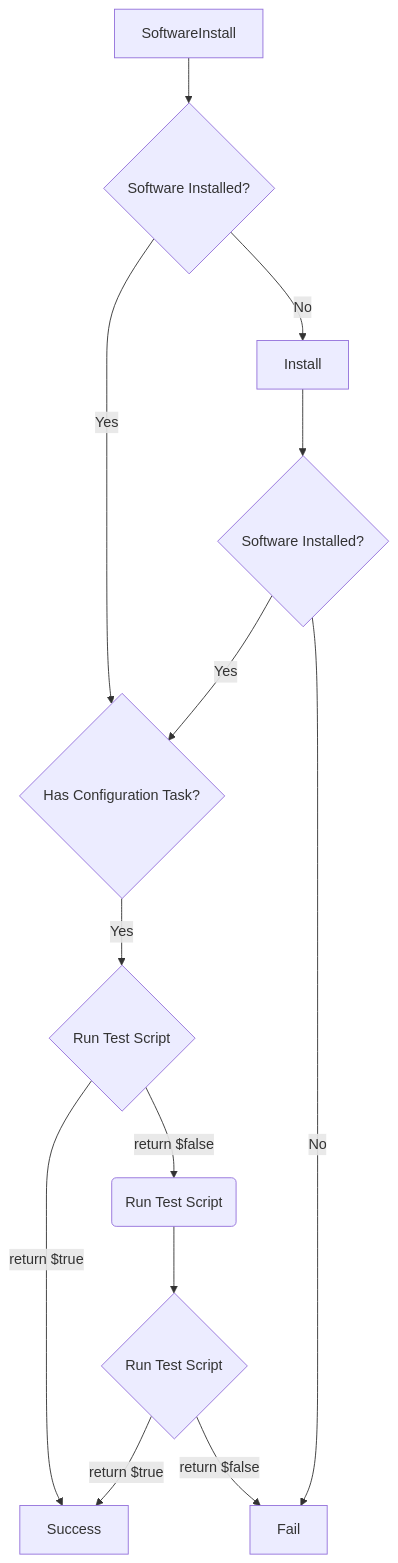
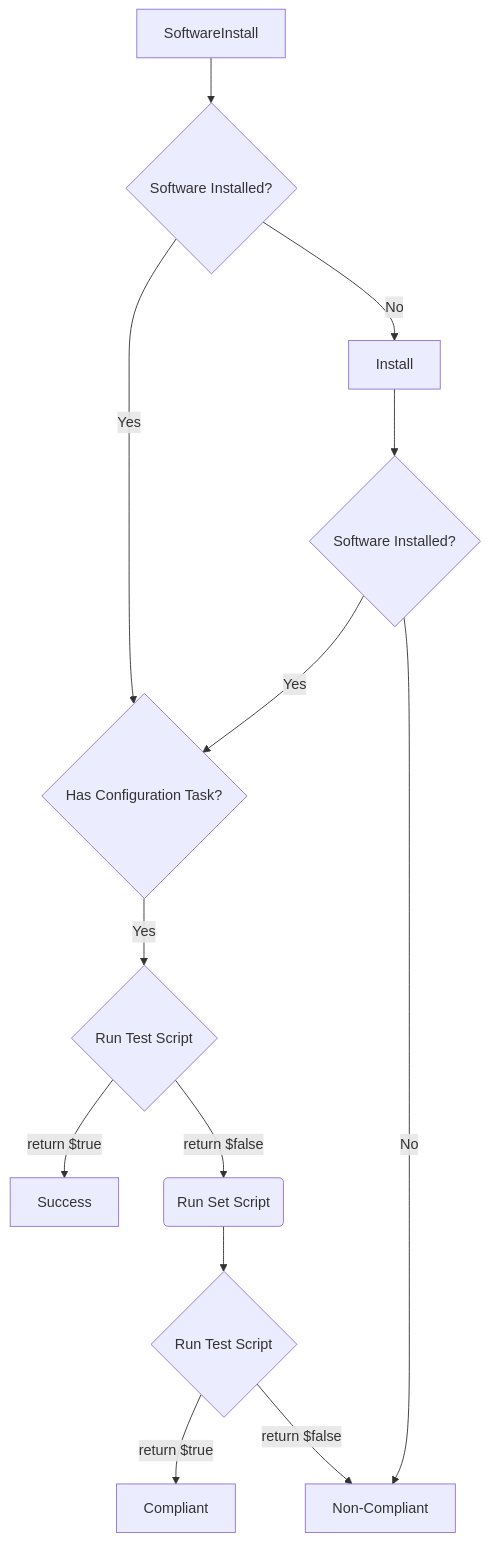
Before and after one commit to immense/immybot-documentation: the first of 5 diagrams in src/README.md, drawn with Mermaid. The commit also changed other lines of this file, not shown here.

Commit message:
Fixed mermaid diagram and updated verbiage

````diff
--- a/src/README.md
+++ b/src/README.md
@@ -249,15 +244,15 @@
 ```mermaid
 flowchart TD
  SoftwareInstall --> Detect{Software Installed?}
  Detect --> |No| Install
  Detect --> |Yes| HasConfigurationTask{Has Configuration Task?}
  Install --> PostInstallDetect{Software Installed?}
  PostInstallDetect --> |Yes|HasConfigurationTask
  HasConfigurationTask --> |Yes| MaintenanceTaskTest{Run Test Script}
  MaintenanceTaskTest --> |return $true| Success
- MaintenanceTaskTest --> |return $false| RunSetScript(Run Test Script)
+ MaintenanceTaskTest --> |return $false| RunSetScript(Run Set Script)
  RunSetScript --> PostMaintenanceTaskTest{Run Test Script}
- PostMaintenanceTaskTest --> |return $true| Success
- PostMaintenanceTaskTest --> |return $false| Fail
- PostInstallDetect --> |No| Fail
+ PostMaintenanceTaskTest --> |return $true| Compliant
+ PostMaintenanceTaskTest --> |return $false| Non-Compliant
+ PostInstallDetect --> |No| Non-Compliant
 ```
````
